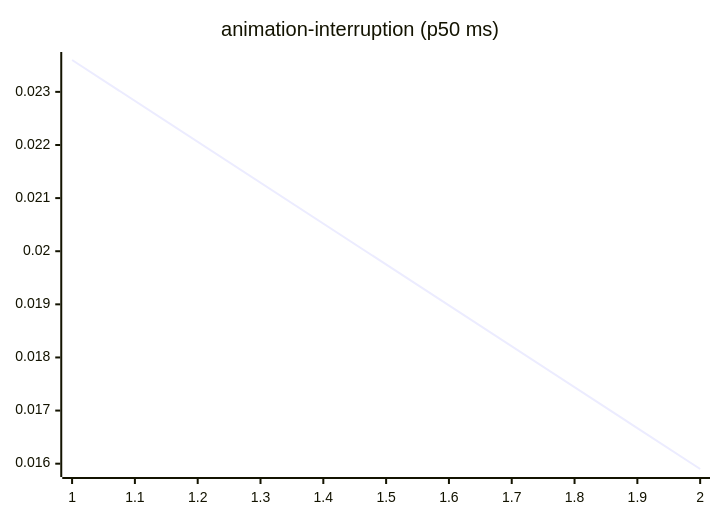
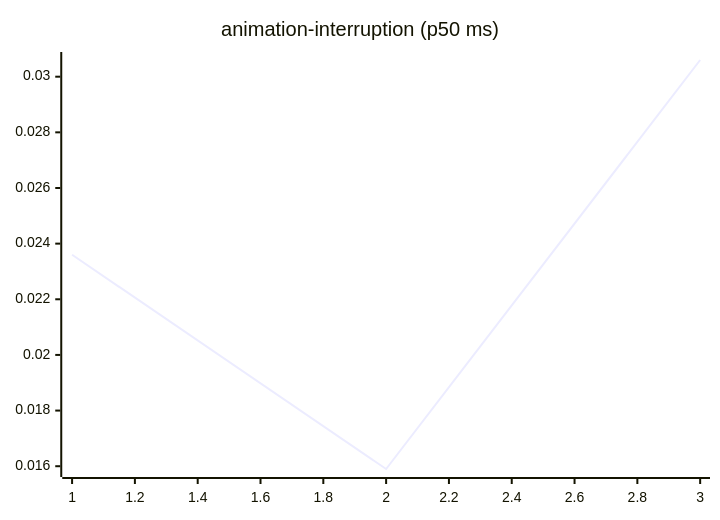
The third of 27 diagrams in README.md (josha/Facet), drawn with Mermaid before and after one commit. The commit also changed other lines of this file and 2 other files, not shown here.

````diff
--- a/README.md
+++ b/README.md
@@ -77,6 +77,6 @@
 ```mermaid
 xychart-beta
     title "animation-interruption (p50 ms)"
-    x-axis 1 --> 2
-    line [0.0236, 0.0159]
+    x-axis 1 --> 3
+    line [0.0236, 0.0159, 0.0306]
 ```
````
